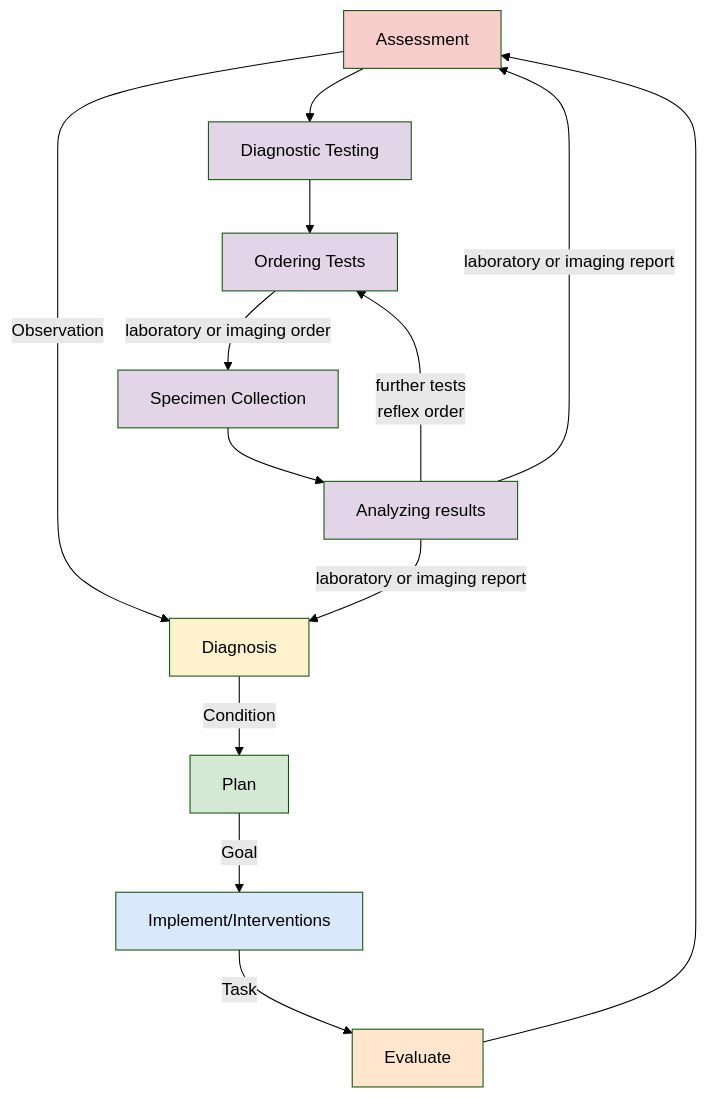
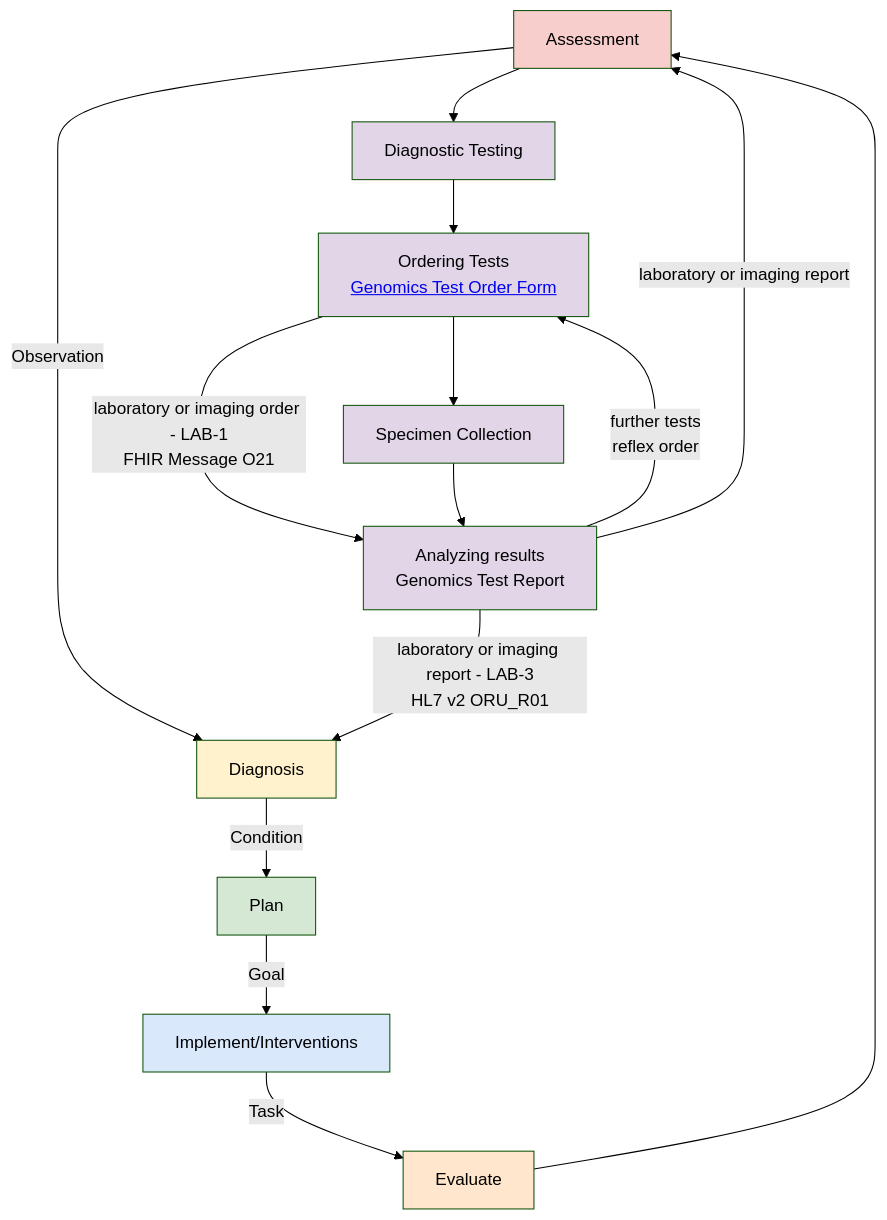
One commit to uk-gov-mirror/nw-gmsa.nw-gmsa.github.com changed the first of 6 diagrams in input/pagecontent/index.md. Above: the diagram before and after it, drawn with Mermaid (forest theme). The commit also changed other lines of this file, not shown here.

Commit message:
hyperlinks in mermaid diagram

````diff
--- a/input/pagecontent/index.md
+++ b/input/pagecontent/index.md
@@ -15,32 +15,36 @@
 ```mermaid
 graph TD;
 
     A[Assessment]-->|Observation| B;
     A--> O;
     B[Diagnosis]-->|Condition| C;
     O[Diagnostic Testing]--> T;
-    T[Ordering Tests]--> |laboratory or imaging order| S;
+    T["Ordering Tests<br/><a href='Questionnaire-GenomicTestOrder.html'>Genomics Test Order Form"]--> |"laboratory or imaging order - LAB-1<br/><a herf='https://nw-gmsa.github.io/LAB-1.html'>FHIR Message O21"| AN;
+    T --> S
     S[Specimen Collection] --> AN;
-    AN[Analyzing results] --> |further tests <br/> reflex order| T;
+    AN["Analyzing results<br/>Genomics Test Report"] --> |further tests <br/> reflex order| T;
+    AN --> |"laboratory or imaging report - LAB-3<br/>HL7 v2 ORU_R01"| B;
     AN --> |laboratory or imaging report| A;
-    AN --> |laboratory or imaging report| B;
     C[Plan]-->|Goal| D;
     D[Implement/Interventions]-->|Task| E;
     E[Evaluate]-->A;
+    
+    click T Questionnaire-GenomicTestOrder.html
+    click AN Questionnaire-GenomicTestReport.html
 
     classDef purple fill:#E1D5E7;
 
     classDef yellow fill:#FFF2CC;
     classDef pink fill:#F8CECC
     classDef green fill:#D5E8D4;
     classDef blue fill:#DAE8FC;
     classDef orange fill:#FFE6CC;
 
     class A pink
     class B yellow
     class C green
     class D blue
     class E orange
 
     class O,S,T,AN purple
 ```
````
